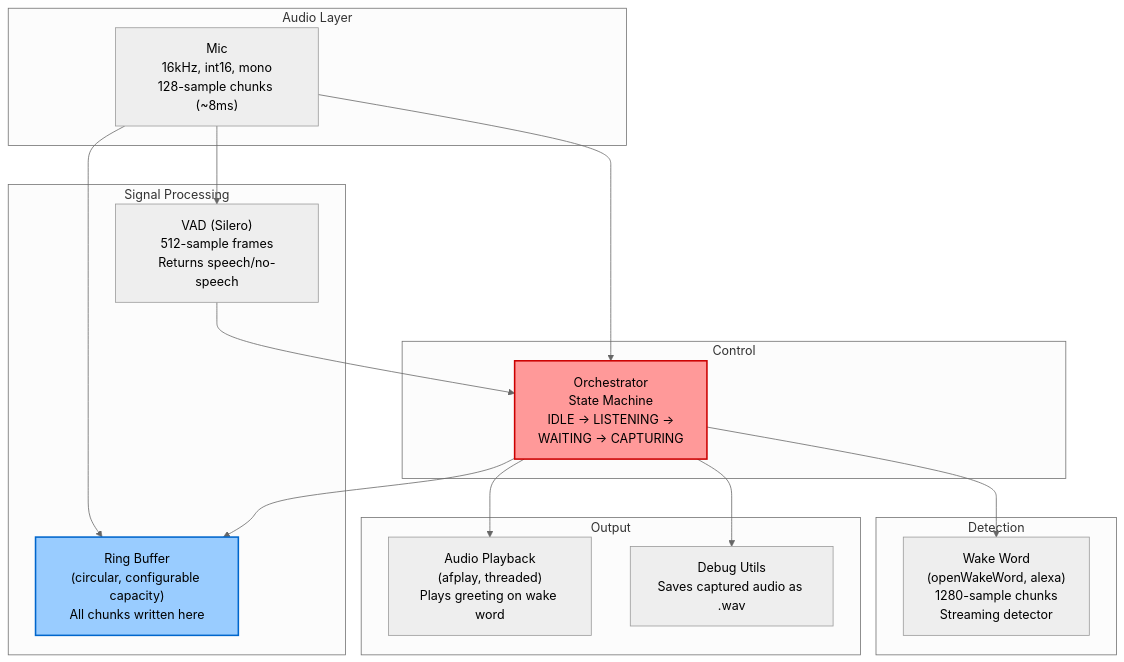
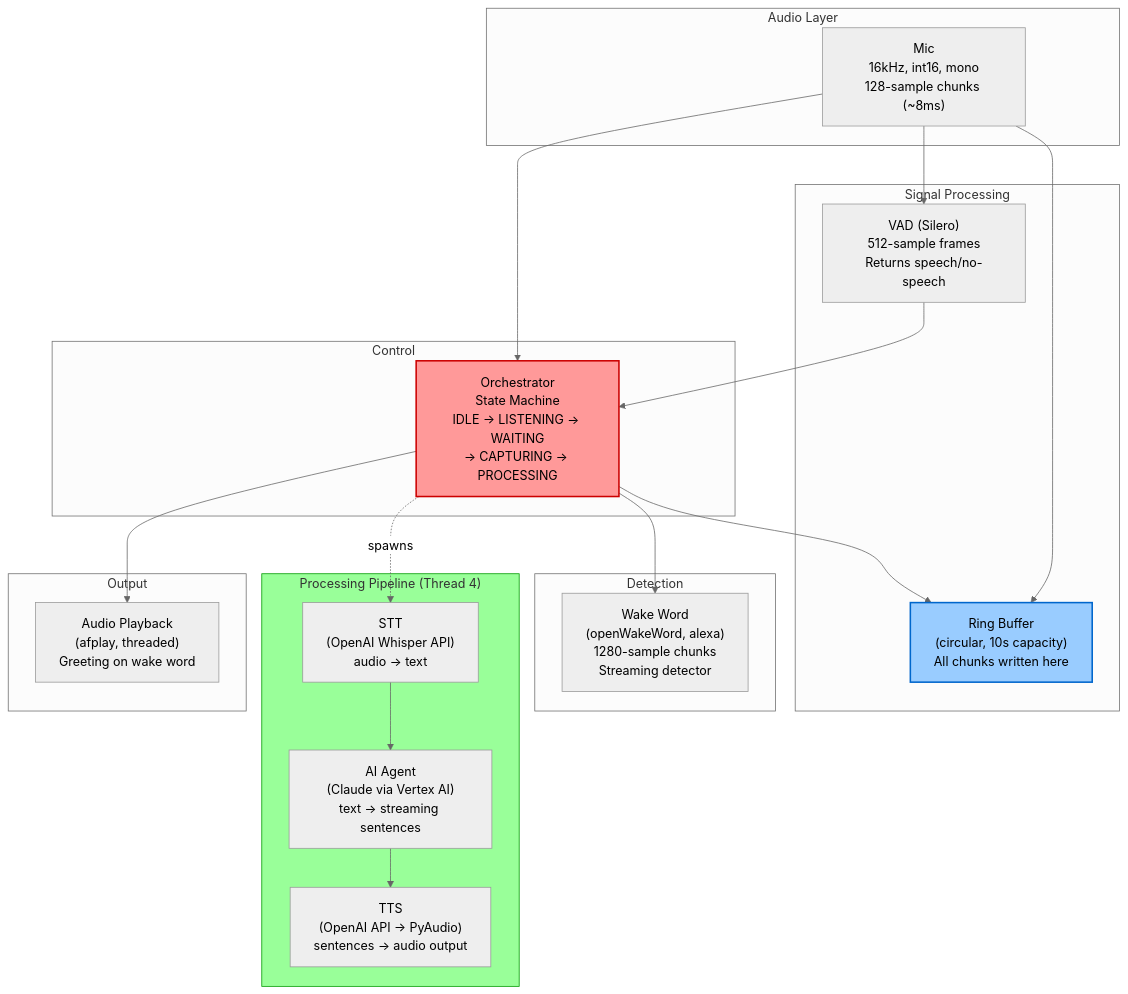
The diagram in design/02_component_data_flow.md (robinnarsinghranabhat/voice-assistant), drawn with Mermaid (neutral theme) before and after one commit. The commit also changed other lines of this file and 6 other files, not shown here.

````diff
--- a/design/02_component_data_flow.md
+++ b/design/02_component_data_flow.md
@@ -17,36 +18,44 @@
 ```mermaid
 flowchart TB
     subgraph AUDIO ["Audio Layer"]
         MIC["Mic\n16kHz, int16, mono\n128-sample chunks (~8ms)"]
     end
 
     subgraph SIGNAL ["Signal Processing"]
-        RING["Ring Buffer\n(circular, configurable capacity)\nAll chunks written here"]
+        RING["Ring Buffer\n(circular, 10s capacity)\nAll chunks written here"]
         VAD["VAD (Silero)\n512-sample frames\nReturns speech/no-speech"]
     end
 
     subgraph DETECTION ["Detection"]
         WW["Wake Word\n(openWakeWord, alexa)\n1280-sample chunks\nStreaming detector"]
     end
 
     subgraph CONTROL ["Control"]
-        ORCH["Orchestrator\nState Machine\nIDLE → LISTENING →\nWAITING → CAPTURING"]
+        ORCH["Orchestrator\nState Machine\nIDLE → LISTENING → WAITING\n→ CAPTURING → PROCESSING"]
+    end
+
+    subgraph PIPELINE ["Processing Pipeline (Thread 4)"]
+        STT["STT\n(OpenAI Whisper API)\naudio → text"]
+        AI["AI Agent\n(Claude via Vertex AI)\ntext → streaming sentences"]
+        TTS["TTS\n(OpenAI API → PyAudio)\nsentences → audio output"]
     end
 
     subgraph OUTPUT ["Output"]
-        PLAY["Audio Playback\n(afplay, threaded)\nPlays greeting on wake word"]
-        DEBUG["Debug Utils\nSaves captured audio as .wav"]
+        PLAY["Audio Playback\n(afplay, threaded)\nGreeting on wake word"]
     end
 
     MIC --> RING
     MIC --> VAD
     VAD --> ORCH
     MIC --> ORCH
     ORCH --> WW
     ORCH --> PLAY
-    ORCH --> DEBUG
     ORCH --> RING
+    ORCH -.->|spawns| STT
+    STT --> AI
+    AI --> TTS
 
     style RING fill:#99ccff,stroke:#0066cc,stroke-width:2px
     style ORCH fill:#ff9999,stroke:#cc0000,stroke-width:2px
+    style PIPELINE fill:#99ff99,stroke:#009900,stroke-width:1px
 ```
````
